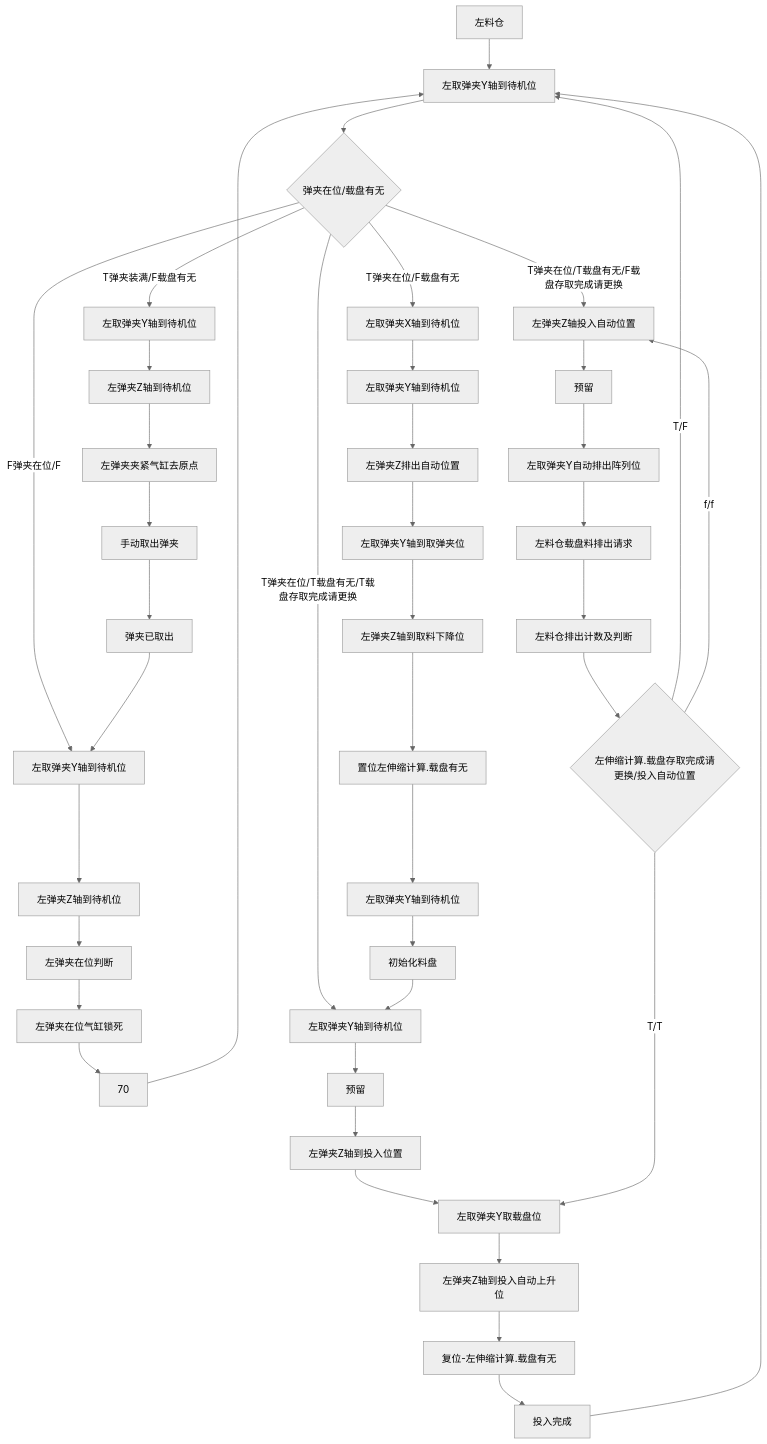
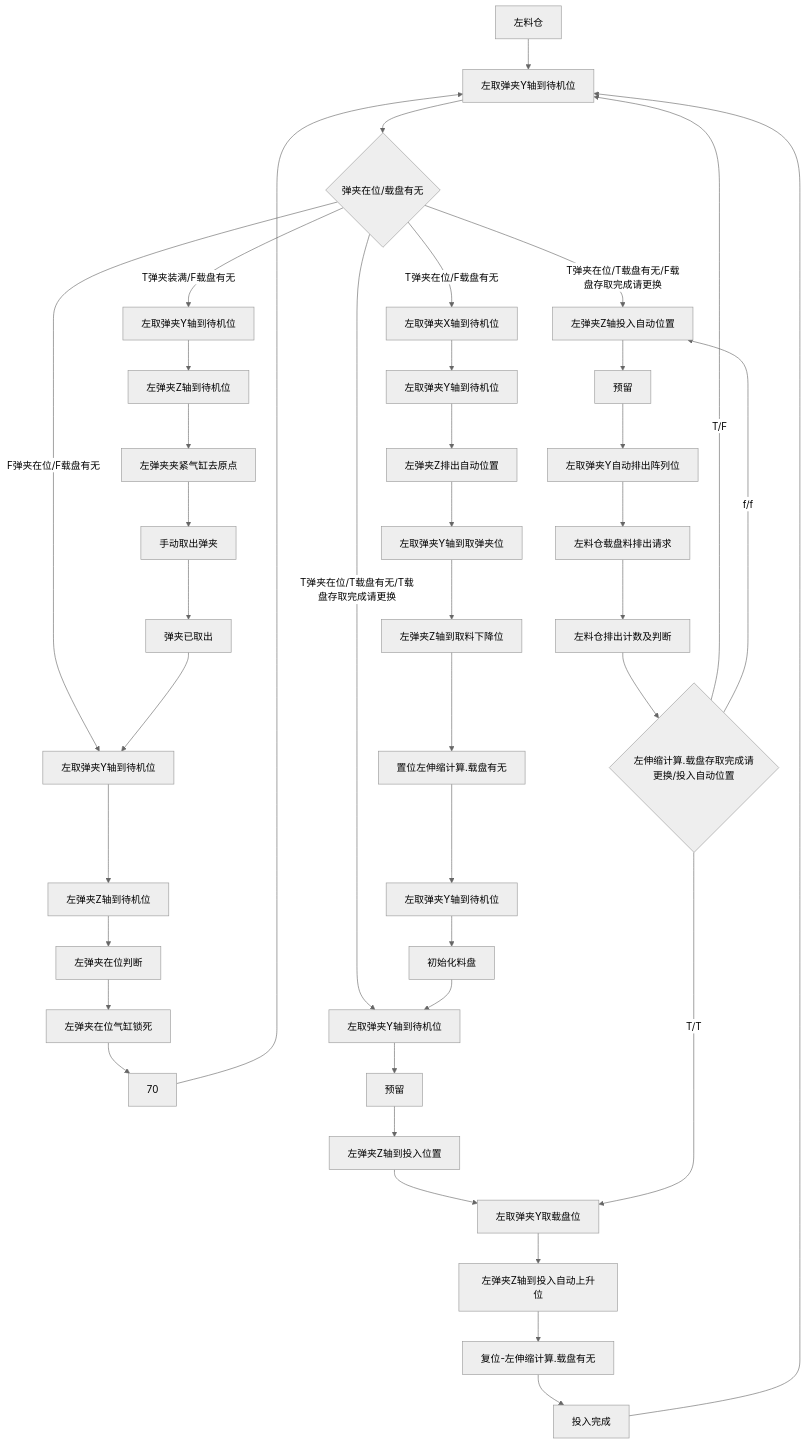
The diagram in all/VR-OP90左料仓.md (zmq000/iodraw-files), drawn with Mermaid (neutral theme) before and after one commit.

Commit message:
2026-06-18 10:31:45 update

````diff
--- a/all/VR-OP90左料仓.md
+++ b/all/VR-OP90左料仓.md
@@ -1,45 +1,45 @@
 ```mermaid
 graph TD
 0[左料仓]-->10
 10[左取弹夹Y轴到待机位]-->20
-20{弹夹在位/载盘有无}-->|F弹夹在位/F|30
+20{弹夹在位/载盘有无}-->|F弹夹在位/F载盘有无|30
 20-->|T弹夹在位/F载盘有无|100
 20-->|T弹夹在位/T载盘有无/F载盘存取完成请更换|400
 20-->|T弹夹在位/T载盘有无/T载盘存取完成请更换|200
 20-->|T弹夹装满/F载盘有无|300
 30[左取弹夹Y轴到待机位]-->40
 40[左弹夹Z轴到待机位]-->50
 50[左弹夹在位判断]-->60
 60[左弹夹在位气缸锁死]-->70
 70-->10
 100[左取弹夹X轴到待机位]-->110
 110[左取弹夹Y轴到待机位]-->120
 120[左弹夹Z排出自动位置]-->130
 130[左取弹夹Y轴到取弹夹位]-->140
 140[左弹夹Z轴到取料下降位]-->150
 150[置位左伸缩计算.载盘有无]-->160
 160[左取弹夹Y轴到待机位]-->170
 170[初始化料盘]-->200
 200[左取弹夹Y轴到待机位]-->210
 210[预留]-->220
 220[左弹夹Z轴到投入位置]-->230
 230[左取弹夹Y取载盘位]-->240
 240[左弹夹Z轴到投入自动上升位]-->250
 250[复位-左伸缩计算.载盘有无]-->260
 260[投入完成]-->10
 300[左取弹夹Y轴到待机位]-->310
 310[左弹夹Z轴到待机位]-->320
 320[左弹夹夹紧气缸去原点]-->330
 330[手动取出弹夹]-->340
 340[弹夹已取出]-->30
 400[左弹夹Z轴投入自动位置]-->410
 410[预留]-->420
 420[左取弹夹Y自动排出阵列位]-->430
 430[左料仓载盘料排出请求]-->440
 440[左料仓排出计数及判断]-->450
 450{左伸缩计算.载盘存取完成请更换/投入自动位置}-->|T/F|10
 450-->|T/T|230
 450-->|f/f|400
 
 
 ```
````
